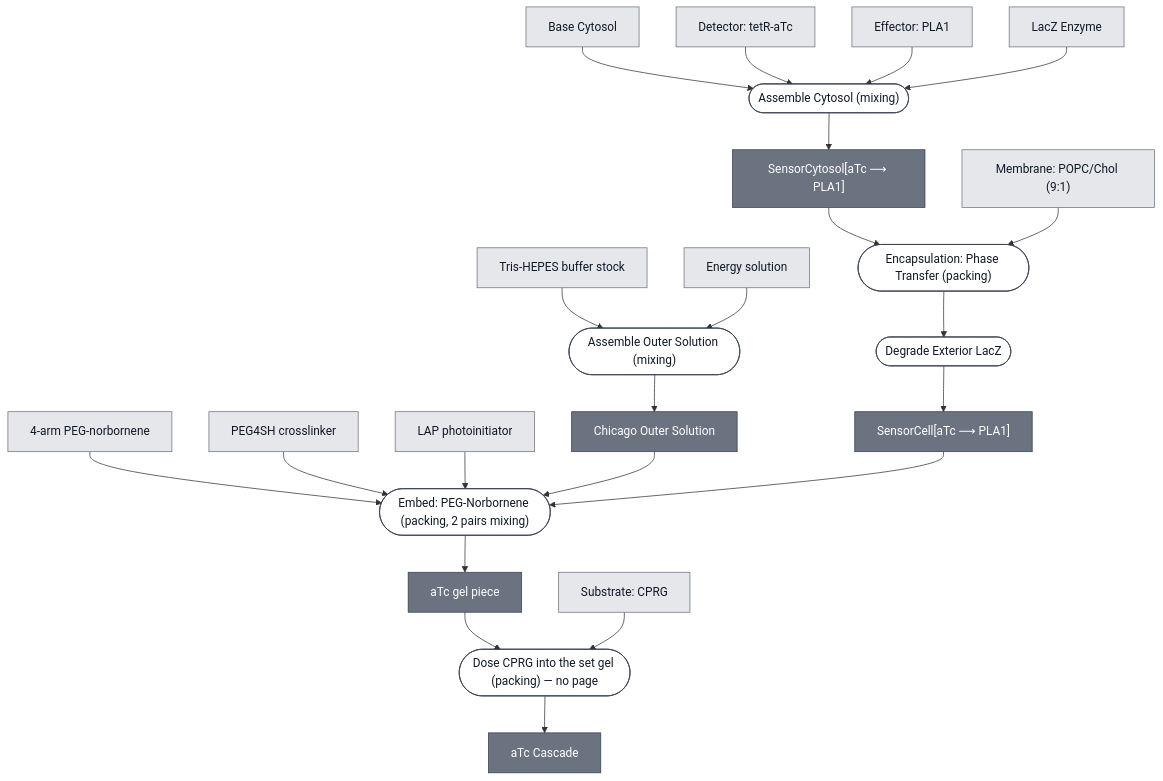
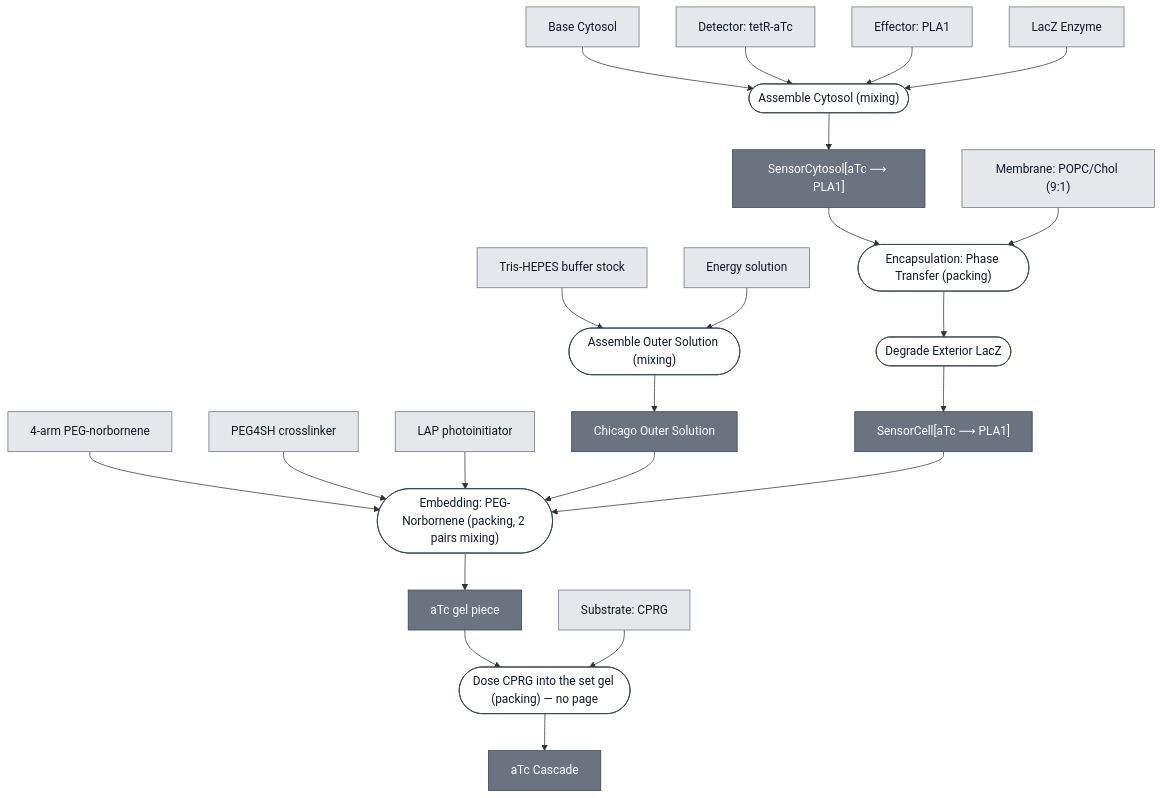
One commit to nucleus-eng/nucleus-docs changed the diagram in docs/modules/atc-cascade/spec.md. Above: the diagram before and after it, drawn with Mermaid. The commit also changed 42 other files, not shown here.

First line of the commit message:
All five embedding routes become Embedding: X, and Embed: was my outlier

````diff
--- a/docs/modules/atc-cascade/spec.md
+++ b/docs/modules/atc-cascade/spec.md
@@ -34,77 +34,77 @@
 ```mermaid
 flowchart TD
     BASE_CYTOSOL["Base Cytosol"]
     DETECTOR_TETR_ATC["Detector: tetR-aTc"]
     EFFECTOR_PLA1["Effector: PLA1"]
     REPORTER_LACZ_ENZYME["LacZ Enzyme"]
     MEMBRANE_CHICAGO["Membrane: POPC/Chol (9:1)"]
     SUBSTRATE_CPRG["Substrate: CPRG"]
     TRIS_HEPES_STOCK["Tris-HEPES buffer stock"]
     ENERGY_SOLUTION["Energy solution"]
     PEG_NORBORNENE_MONOMER["4-arm PEG-norbornene"]
     PEG4SH["PEG4SH crosslinker"]
     LAP["LAP photoinitiator"]
 
     P1_ASSEMBLE_OUTER_SOLUTION_0(["Assemble Outer Solution (mixing)"])
     OUTER_SOLUTION_CHICAGO["Chicago Outer Solution"]
     P2_ASSEMBLE_CYTOSOL_0(["Assemble Cytosol (mixing)"])
     ATC_SENSOR_CYTOSOL["SensorCytosol[aTc ⟶ PLA1]"]
     P3_ENCAPSULATE_0(["Encapsulation: Phase Transfer (packing)"])
     P3_ENCAPSULATE_1(["Degrade Exterior LacZ"])
     ATC_SENSING_CELL["SensorCell[aTc ⟶ PLA1]"]
-    P4_PHOTODEVELOP_GEL_0(["Embed: PEG-Norbornene (packing, 2 pairs mixing)"])
+    P4_PHOTODEVELOP_GEL_0(["Embedding: PEG-Norbornene (packing, 2 pairs mixing)"])
     ATC_GEL["aTc gel piece"]
     P5_DOSE_CPRG_0(["Dose CPRG into the set gel (packing) — no page"])
     ATC_CASCADE["aTc Cascade"]
 
     TRIS_HEPES_STOCK --> P1_ASSEMBLE_OUTER_SOLUTION_0
     ENERGY_SOLUTION --> P1_ASSEMBLE_OUTER_SOLUTION_0
     P1_ASSEMBLE_OUTER_SOLUTION_0 --> OUTER_SOLUTION_CHICAGO
 
     BASE_CYTOSOL --> P2_ASSEMBLE_CYTOSOL_0
     DETECTOR_TETR_ATC --> P2_ASSEMBLE_CYTOSOL_0
     EFFECTOR_PLA1 --> P2_ASSEMBLE_CYTOSOL_0
     REPORTER_LACZ_ENZYME --> P2_ASSEMBLE_CYTOSOL_0
     P2_ASSEMBLE_CYTOSOL_0 --> ATC_SENSOR_CYTOSOL
 
     ATC_SENSOR_CYTOSOL --> P3_ENCAPSULATE_0
     MEMBRANE_CHICAGO --> P3_ENCAPSULATE_0
     P3_ENCAPSULATE_0 --> P3_ENCAPSULATE_1
     P3_ENCAPSULATE_1 --> ATC_SENSING_CELL
 
     PEG_NORBORNENE_MONOMER --> P4_PHOTODEVELOP_GEL_0
     PEG4SH --> P4_PHOTODEVELOP_GEL_0
     LAP --> P4_PHOTODEVELOP_GEL_0
     OUTER_SOLUTION_CHICAGO --> P4_PHOTODEVELOP_GEL_0
     ATC_SENSING_CELL --> P4_PHOTODEVELOP_GEL_0
     P4_PHOTODEVELOP_GEL_0 --> ATC_GEL
 
     ATC_GEL --> P5_DOSE_CPRG_0
     SUBSTRATE_CPRG --> P5_DOSE_CPRG_0
     P5_DOSE_CPRG_0 --> ATC_CASCADE
 
 
     classDef leaf     fill:#e5e7eb,stroke:#6b7280,color:#111827;
     classDef composed fill:#6b7280,stroke:#374151,color:#ffffff;
     classDef process  fill:#ffffff,stroke:#374151,color:#111827;
     class BASE_CYTOSOL,DETECTOR_TETR_ATC,EFFECTOR_PLA1,REPORTER_LACZ_ENZYME,MEMBRANE_CHICAGO,SUBSTRATE_CPRG,TRIS_HEPES_STOCK,ENERGY_SOLUTION,PEG_NORBORNENE_MONOMER,PEG4SH,LAP leaf;
     class OUTER_SOLUTION_CHICAGO,ATC_SENSOR_CYTOSOL,ATC_SENSING_CELL,ATC_GEL,ATC_CASCADE composed;
     class P1_ASSEMBLE_OUTER_SOLUTION_0,P2_ASSEMBLE_CYTOSOL_0,P3_ENCAPSULATE_0,P3_ENCAPSULATE_1,P4_PHOTODEVELOP_GEL_0,P5_DOSE_CPRG_0 process;
 
     click BASE_CYTOSOL "/docs/modules/base-cytosol/spec"
     click DETECTOR_TETR_ATC "/docs/modules/detector-tetr-atc/spec"
     click EFFECTOR_PLA1 "/docs/modules/effector-pla1/spec"
     click REPORTER_LACZ_ENZYME "/docs/modules/reporter-lacz-enzyme/spec"
     click MEMBRANE_CHICAGO "/docs/modules/membrane-popc-chol-chicago/spec"
     click SUBSTRATE_CPRG "/docs/modules/substrate-cprg/spec"
     click PEG_NORBORNENE_MONOMER "/docs/modules/gel-peg-norbornene/spec"
     click P1_ASSEMBLE_OUTER_SOLUTION_0 "/docs/processes/assemble-outer-solution/main"
     click OUTER_SOLUTION_CHICAGO "/docs/modules/outer-solution-chicago/spec"
     click P2_ASSEMBLE_CYTOSOL_0 "/docs/processes/assemble-cytosol/assemble-cytosol-main"
     click ATC_SENSOR_CYTOSOL "/docs/modules/atc-sensor-cytosol/spec"
     click P3_ENCAPSULATE_0 "/docs/processes/assemble-base-cell/main"
     click P3_ENCAPSULATE_1 "/docs/processes/degrade-exterior-lacz/main"
     click ATC_SENSING_CELL "/docs/modules/atc-sensing-cell/spec"
     click P4_PHOTODEVELOP_GEL_0 "/docs/processes/embed-peg-norbornene/main"
     click ATC_CASCADE "/docs/modules/atc-cascade/spec"
 ```
````
